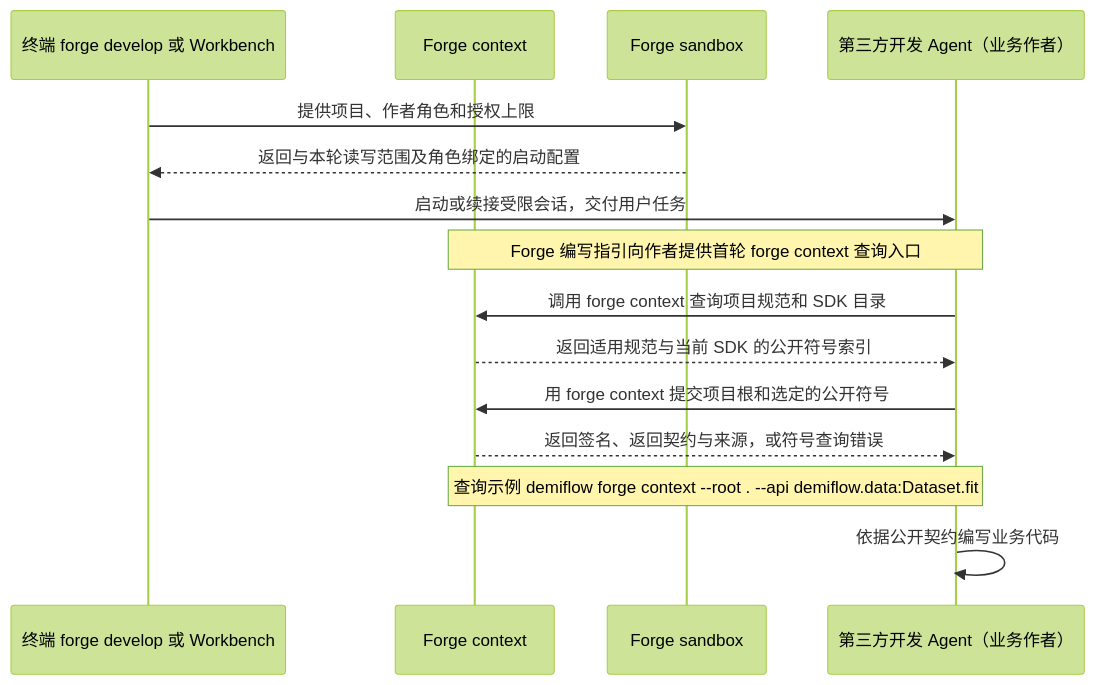
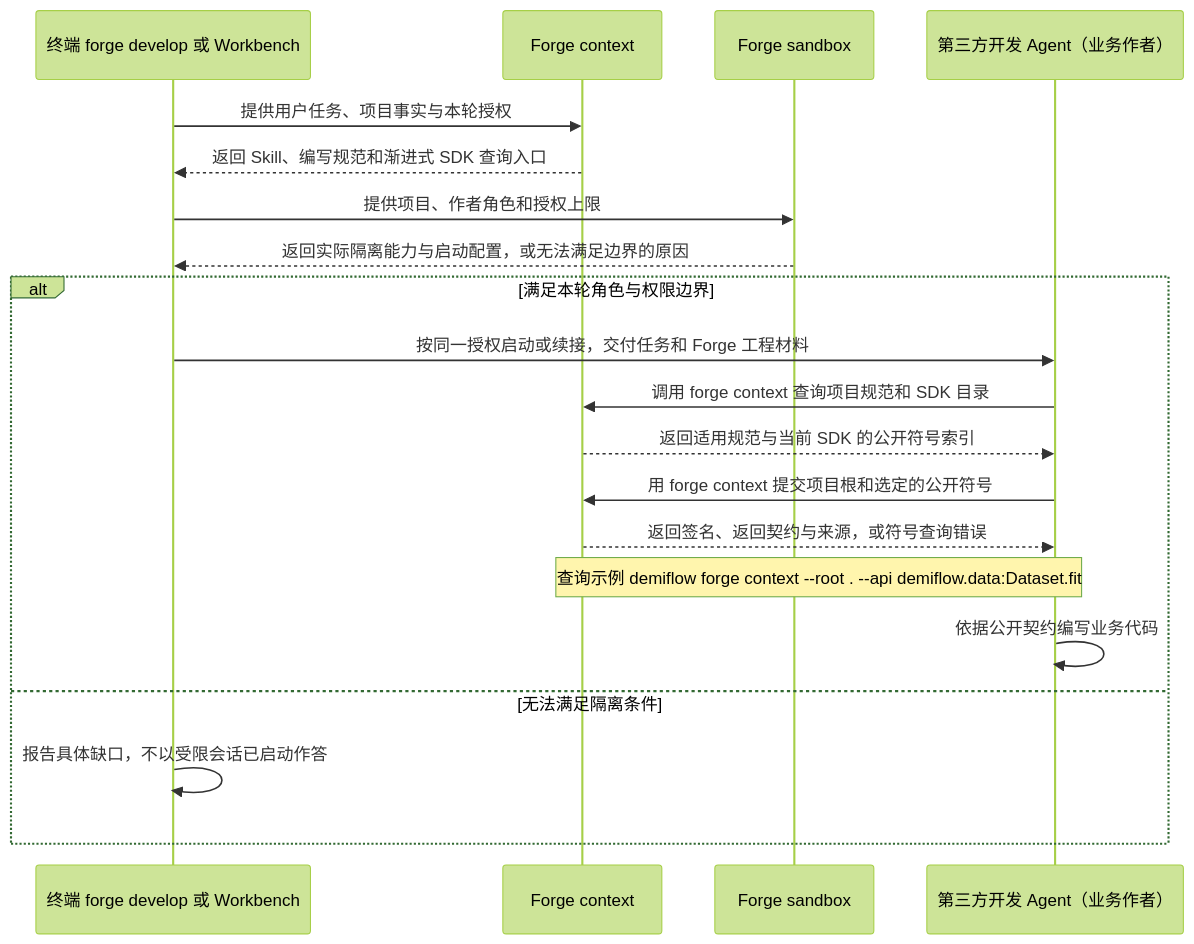
Before and after one commit to vincent9299/demiflow: the third of 14 diagrams in docs/demiflow-architecture.md, drawn with Mermaid (forest theme). The commit also changed other lines of this file, not shown here.

Commit message:
Clarify architecture boundaries from confirmed development intent

````diff
--- a/docs/demiflow-architecture.md
+++ b/docs/demiflow-architecture.md
@@ -151,17 +151,22 @@
 ```mermaid
 sequenceDiagram
     participant H as 终端 forge develop 或 Workbench
     participant C as Forge context
     participant S as Forge sandbox
     participant A as 第三方开发 Agent（业务作者）
+    H->>C: 提供用户任务、项目事实与本轮授权
+    C-->>H: 返回 Skill、编写规范和渐进式 SDK 查询入口
     H->>S: 提供项目、作者角色和授权上限
-    S-->>H: 返回与本轮读写范围及角色绑定的启动配置
-    H->>A: 启动或续接受限会话，交付用户任务
-    Note over C,A: Forge 编写指引向作者提供首轮 forge context 查询入口
-    A->>C: 调用 forge context 查询项目规范和 SDK 目录
-    C-->>A: 返回适用规范与当前 SDK 的公开符号索引
-    A->>C: 用 forge context 提交项目根和选定的公开符号
-    C-->>A: 返回签名、返回契约与来源，或符号查询错误
-    Note over A,C: 查询示例 demiflow forge context --root . --api demiflow.data:Dataset.fit
-    A->>A: 依据公开契约编写业务代码
+    S-->>H: 返回实际隔离能力与启动配置，或无法满足边界的原因
+    alt 满足本轮角色与权限边界
+        H->>A: 按同一授权启动或续接，交付任务和 Forge 工程材料
+        A->>C: 调用 forge context 查询项目规范和 SDK 目录
+        C-->>A: 返回适用规范与当前 SDK 的公开符号索引
+        A->>C: 用 forge context 提交项目根和选定的公开符号
+        C-->>A: 返回签名、返回契约与来源，或符号查询错误
+        Note over A,C: 查询示例 demiflow forge context --root . --api demiflow.data:Dataset.fit
+        A->>A: 依据公开契约编写业务代码
+    else 无法满足隔离条件
+        H->>H: 报告具体缺口，不以受限会话已启动作答
+    end
 ```
````
